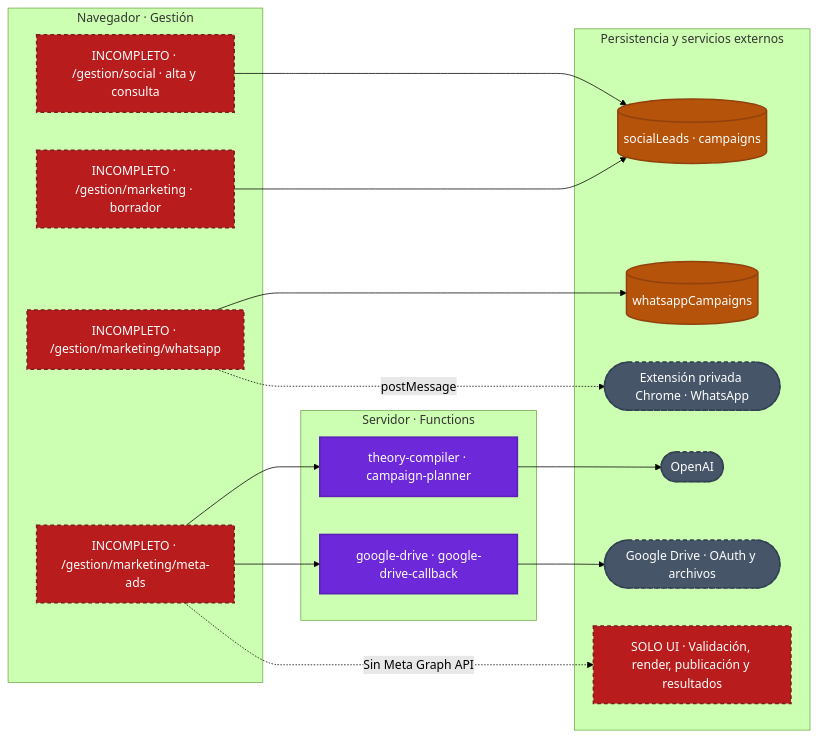
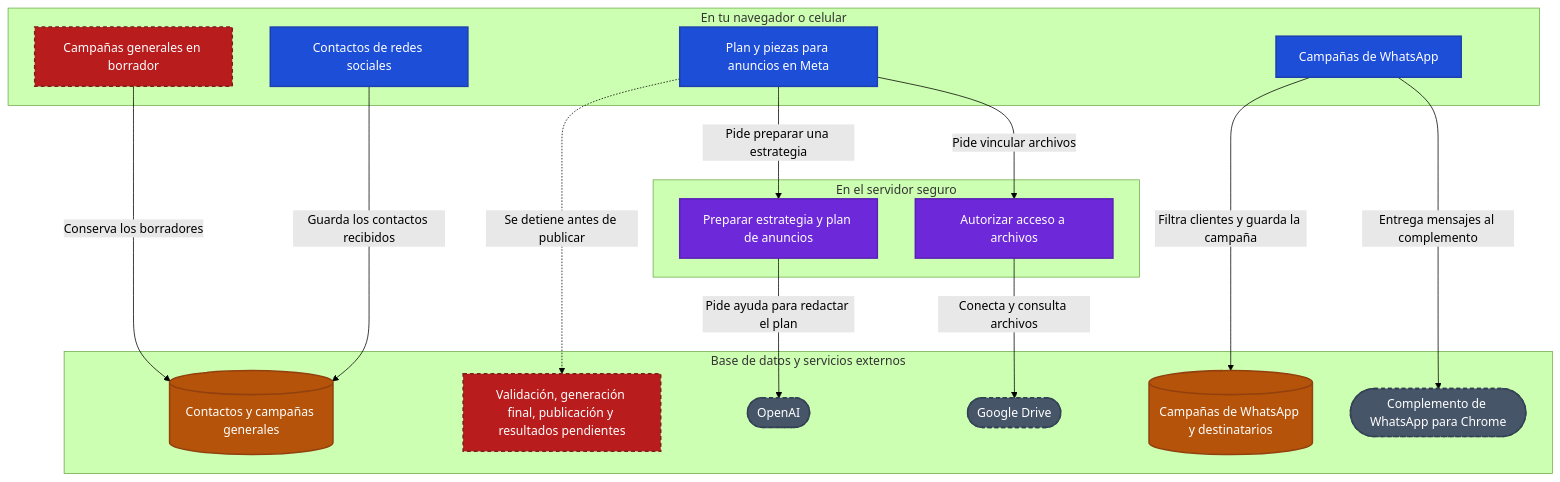
The diagram in docs/diagrams/mmd/06-d6-marketing-campanas.mmd (AgustinBazanUB/App-Integral-FM), drawn with Mermaid (forest theme) before and after one commit. The commit also changed 24 other files, not shown here.

```diff
--- a/docs/diagrams/mmd/06-d6-marketing-campanas.mmd
+++ b/docs/diagrams/mmd/06-d6-marketing-campanas.mmd
@@ -1,38 +1,37 @@
-flowchart LR
-    %% Flujo del macro-dominio verificado contra el corte d0f1225.
-    subgraph navegador["Navegador · Gestión"]
-        social["INCOMPLETO · /gestion/social · alta y consulta"]:::debt
-        general["INCOMPLETO · /gestion/marketing · borrador"]:::debt
-        whatsapp["INCOMPLETO · /gestion/marketing/whatsapp"]:::debt
-        meta["INCOMPLETO · /gestion/marketing/meta-ads"]:::debt
+flowchart TB
+    %% Registro, planeamiento, mensajes y etapas pendientes de publicación.
+    subgraph navegador["En tu navegador o celular"]
+        marketing["Campañas generales en borrador"]:::debt
+        redes["Contactos de redes sociales"]:::integral
+        anuncios["Plan y piezas para anuncios en Meta"]:::integral
+        mensajes["Campañas de WhatsApp"]:::integral
     end
-
-    subgraph servidor["Servidor · Functions"]
-        plan["theory-compiler · campaign-planner"]:::shared
-        drives["google-drive · google-drive-callback"]:::shared
+    subgraph servidor["En el servidor seguro"]
+        preparar["Preparar estrategia y plan de anuncios"]:::shared
+        archivos["Autorizar acceso a archivos"]:::shared
     end
-
-    subgraph persistencia["Persistencia y servicios externos"]
-        registro[("socialLeads · campaigns")]:::db
-        campanias[("whatsappCampaigns")]:::db
-        extension(["Extensión privada Chrome · WhatsApp"]):::external
+    subgraph recursos["Base de datos y servicios externos"]
+        falta["Validación, generación final, publicación y resultados pendientes"]:::debt
+        whatsapp(["Complemento de WhatsApp para Chrome"]):::external
         ia(["OpenAI"]):::external
-        drive(["Google Drive · OAuth y archivos"]):::external
-        falta["SOLO UI · Validación, render, publicación y resultados"]:::debt
+        registro[("Contactos y campañas generales")]:::db
+        destinatarios[("Campañas de WhatsApp y destinatarios")]:::db
+        drive(["Google Drive"]):::external
     end
-
-    social --> registro
-    general --> registro
-    whatsapp --> campanias
-    whatsapp -.->|postMessage| extension
-    meta --> plan --> ia
-    meta --> drives --> drive
-    meta -.->|Sin Meta Graph API| falta
+    anuncios -.->|"Se detiene antes de publicar"| falta
+    anuncios -->|"Pide preparar una estrategia"| preparar
+    mensajes -->|"Filtra clientes y guarda la campaña"| destinatarios
+    marketing -->|"Conserva los borradores"| registro
+    archivos -->|"Conecta y consulta archivos"| drive
+    anuncios -->|"Pide vincular archivos"| archivos
+    mensajes -->|"Entrega mensajes al complemento"| whatsapp
+    preparar -->|"Pide ayuda para redactar el plan"| ia
+    redes -->|"Guarda los contactos recibidos"| registro
 
     classDef actor fill:#1E293B,stroke:#64748B,color:#FFFFFF,stroke-width:2px
     classDef integral fill:#1D4ED8,stroke:#1E40AF,color:#FFFFFF,stroke-width:2px
     classDef ecommerce fill:#047857,stroke:#065F46,color:#FFFFFF,stroke-width:2px
     classDef shared fill:#6D28D9,stroke:#5B21B6,color:#FFFFFF,stroke-width:2px
     classDef db fill:#B45309,stroke:#92400E,color:#FFFFFF,stroke-width:2px
     classDef external fill:#475569,stroke:#334155,color:#FFFFFF,stroke-width:2px,stroke-dasharray:5 4
     classDef debt fill:#B91C1C,stroke:#7F1D1D,color:#FFFFFF,stroke-width:2px,stroke-dasharray:5 4
```
